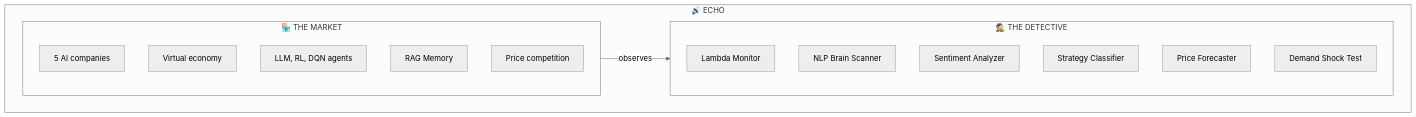
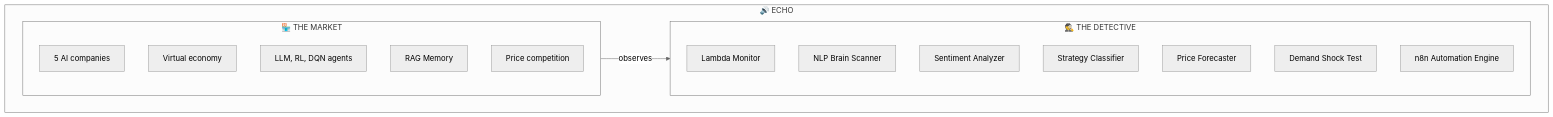
One commit to ARYANRAJ1121/ECHO changed the first of 7 diagrams in echo_project_guide.md. Above: the diagram before and after it, drawn with Mermaid (neutral theme). The commit also changed other lines of this file and 4 other files, not shown here.

````diff
--- a/echo_project_guide.md
+++ b/echo_project_guide.md
@@ -77,23 +77,24 @@
 ```mermaid
 graph LR
     subgraph ECHO["🔊 ECHO"]
         direction LR
         subgraph Market["🏪 THE MARKET"]
             M1["5 AI companies"]
             M2["Virtual economy"]
             M3["LLM, RL, DQN agents"]
             M4["RAG Memory"]
             M5["Price competition"]
         end
         subgraph Detective["🕵️ THE DETECTIVE"]
             D1["Lambda Monitor"]
             D2["NLP Brain Scanner"]
             D3["Sentiment Analyzer"]
             D4["Strategy Classifier"]
             D5["Price Forecaster"]
             D6["Demand Shock Test"]
+            D7["n8n Automation Engine"]
         end
     end
     
     Market -->|"observes"| Detective
 ```
````
